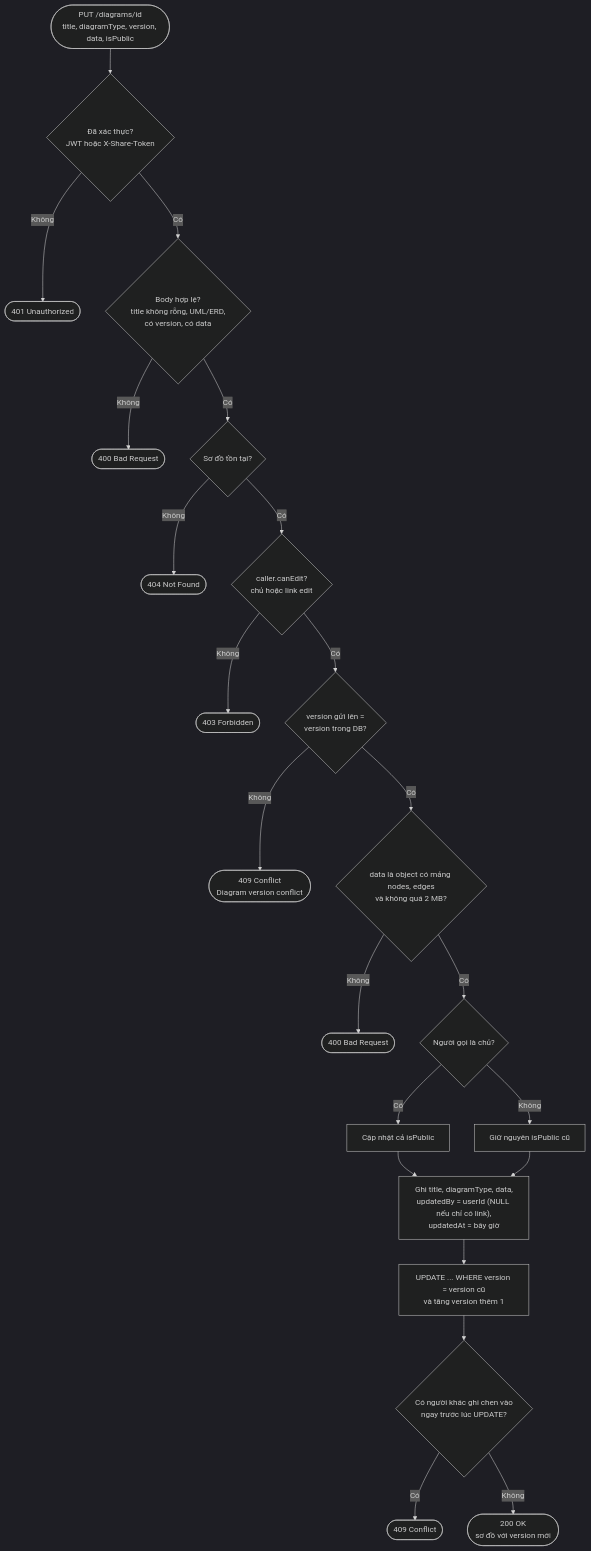
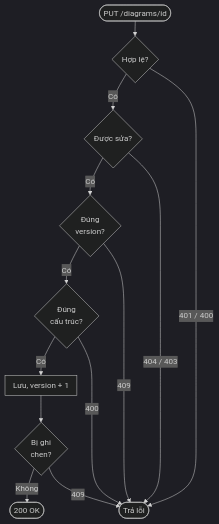
Before and after one commit to Phamminh161005/CourseHub: the fourth of 7 diagrams in docs/luong-nghiep-vu.md, drawn with Mermaid (dark theme). The commit also changed other lines of this file, not shown here.

````diff
--- a/docs/luong-nghiep-vu.md
+++ b/docs/luong-nghiep-vu.md
@@ -104,24 +108,16 @@
 ```mermaid
+%%{init: {"flowchart": {"padding": 8, "rankSpacing": 30, "nodeSpacing": 40}}}%%
 flowchart TD
-    A(["PUT /diagrams/id<br/>title, diagramType, version, data, isPublic"]) --> AU{"Đã xác thực?<br/>JWT hoặc X-Share-Token"}
-    AU -- Không --> E401(["401 Unauthorized"])
-    AU -- Có --> B{"Body hợp lệ?<br/>title không rỗng, UML/ERD,<br/>có version, có data"}
-    B -- Không --> E400a(["400 Bad Request"])
-    B -- Có --> C{"Sơ đồ tồn tại?"}
-    C -- Không --> E404(["404 Not Found"])
-    C -- Có --> D{"caller.canEdit?<br/>chủ hoặc link edit"}
-    D -- Không --> E403(["403 Forbidden"])
-    D -- Có --> V{"version gửi lên =<br/>version trong DB?"}
-    V -- Không --> E409a(["409 Conflict<br/>Diagram version conflict"])
-    V -- Có --> J{"data là object có mảng nodes, edges<br/>và không quá 2 MB?"}
-    J -- Không --> E400b(["400 Bad Request"])
-    J -- Có --> M{"Người gọi là chủ?"}
-    M -- Có --> P1["Cập nhật cả isPublic"]
-    M -- Không --> P2["Giữ nguyên isPublic cũ"]
-    P1 --> S["Ghi title, diagramType, data,<br/>updatedBy = userId (NULL nếu chỉ có link),<br/>updatedAt = bây giờ"]
-    P2 --> S
-    S --> W["UPDATE ... WHERE version = version cũ<br/>và tăng version thêm 1"]
-    W --> R{"Có người khác ghi chen vào<br/>ngay trước lúc UPDATE?"}
-    R -- Có --> E409b(["409 Conflict"])
-    R -- Không --> OK(["200 OK<br/>sơ đồ với version mới"])
+    A(["PUT /diagrams/id"]) --> B{"Hợp lệ?"}
+    B -- Có --> C{"Được sửa?"}
+    C -- Có --> V{"Đúng<br/>version?"}
+    V -- Có --> J{"Đúng<br/>cấu trúc?"}
+    J -- Có --> S["Lưu, version + 1"]
+    S --> R{"Bị ghi<br/>chen?"}
+    R -- Không --> OK(["200 OK"])
+    B -- "401 / 400" --> ERR(["Trả lỗi"])
+    C -- "404 / 403" --> ERR
+    V -- "409" --> ERR
+    J -- "400" --> ERR
+    R -- "409" --> ERR
 ```
````
